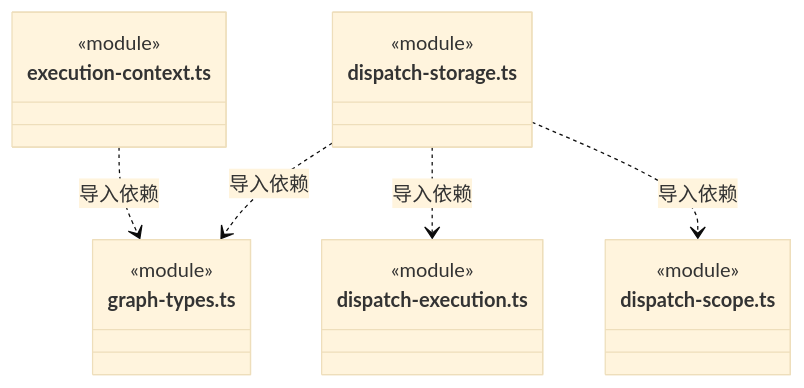
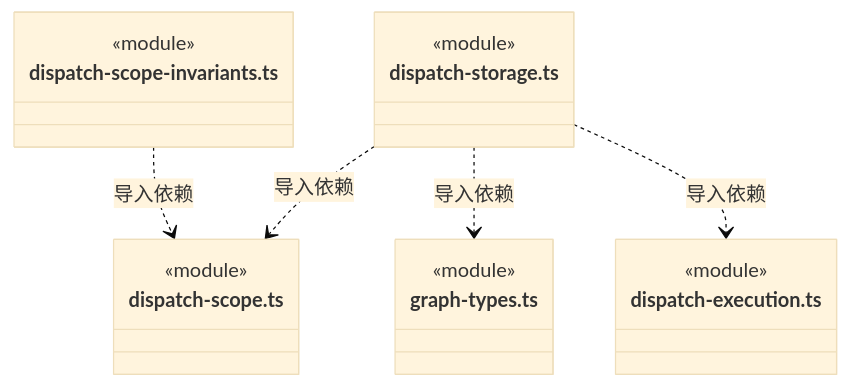
Diagram 29 of 34 in src/backend/core/tasks/ARCHITECTURE.md (nan023062/cbim), drawn with Mermaid (base theme) before and after one commit. The commit also changed other lines of this file and 19 other files, not shown here.

````diff
--- a/src/backend/core/tasks/ARCHITECTURE.md
+++ b/src/backend/core/tasks/ARCHITECTURE.md
@@ -767,22 +780,22 @@
 ```mermaid
 classDiagram
+class N_src_backend_core_tasks_dispatch_scope_invariants_ts["dispatch-scope-invariants.ts"] {
+  <<module>>
+}
+class N_src_backend_core_tasks_dispatch_scope_ts["dispatch-scope.ts"] {
+  <<module>>
+}
 class N_src_backend_core_tasks_dispatch_storage_ts["dispatch-storage.ts"] {
   <<module>>
 }
 class N_src_backend_core_tasks_graph_types_ts["graph-types.ts"] {
   <<module>>
 }
 class N_src_backend_core_tasks_dispatch_execution_ts["dispatch-execution.ts"] {
   <<module>>
 }
-class N_src_backend_core_tasks_dispatch_scope_ts["dispatch-scope.ts"] {
-  <<module>>
-}
-class N_src_backend_core_tasks_execution_context_ts["execution-context.ts"] {
-  <<module>>
-}
+N_src_backend_core_tasks_dispatch_scope_invariants_ts ..> N_src_backend_core_tasks_dispatch_scope_ts : 导入依赖
 N_src_backend_core_tasks_dispatch_storage_ts ..> N_src_backend_core_tasks_graph_types_ts : 导入依赖
 N_src_backend_core_tasks_dispatch_storage_ts ..> N_src_backend_core_tasks_dispatch_execution_ts : 导入依赖
 N_src_backend_core_tasks_dispatch_storage_ts ..> N_src_backend_core_tasks_dispatch_scope_ts : 导入依赖
-N_src_backend_core_tasks_execution_context_ts ..> N_src_backend_core_tasks_graph_types_ts : 导入依赖
 ```
````
